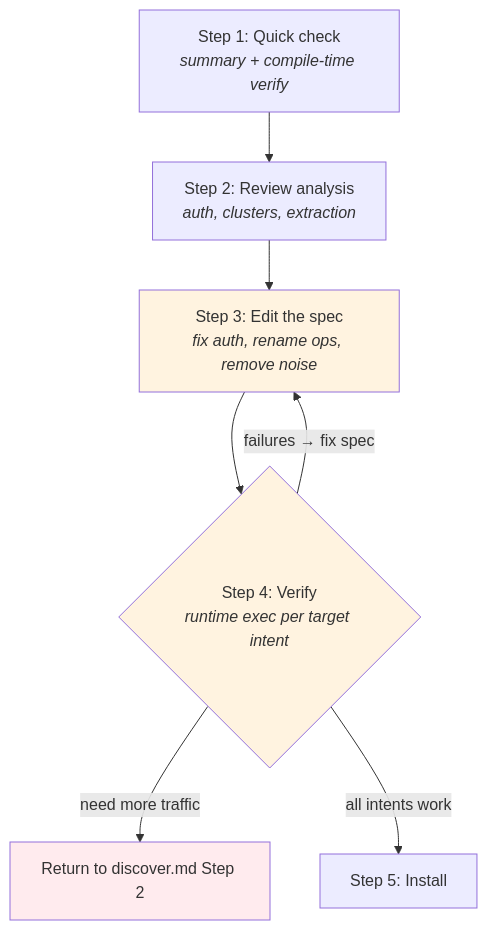
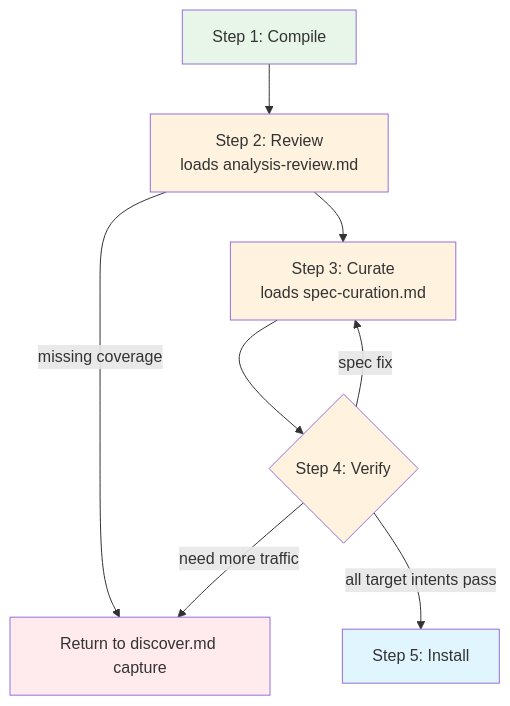
Before and after one commit to openweb-org/openweb: the diagram in skill/openweb/references/compile.md, drawn with Mermaid. The commit also changed other lines of this file and 5 other files, not shown here.

````diff
--- a/skill/openweb/references/compile.md
+++ b/skill/openweb/references/compile.md
@@ -46,19 +33,22 @@
 ```mermaid
 flowchart TD
-    S1["Step 1: Quick check<br/><i>summary + compile-time verify</i>"]
-    S2["Step 2: Review analysis<br/><i>auth, clusters, extraction</i>"]
-    S3["Step 3: Edit the spec<br/><i>fix auth, rename ops, remove noise</i>"]
-    S4{"Step 4: Verify<br/><i>runtime exec per target intent</i>"}
-    S5["Step 5: Install"]
+    C1["Step 1: Compile"]
+    C2["Step 2: Review<br/>loads analysis-review.md"]
+    C3["Step 3: Curate<br/>loads spec-curation.md"]
+    C4{"Step 4: Verify"}
+    C5["Step 5: Install"]
+    BACK["Return to discover.md capture"]
 
-    S1 --> S2
-    S2 --> S3
-    S3 --> S4
-    S4 -->|"failures → fix spec"| S3
-    S4 -->|"need more traffic"| RECAPTURE["Return to discover.md Step 2"]
-    S4 -->|"all intents work"| S5
+    C1 --> C2 --> C3 --> C4
+    C2 -->|missing coverage| BACK
+    C4 -->|spec fix| C3
+    C4 -->|need more traffic| BACK
+    C4 -->|all target intents pass| C5
 
-    style S3 fill:#fff3e0
-    style S4 fill:#fff3e0
-    style RECAPTURE fill:#ffebee
+    style C1 fill:#e8f5e9
+    style C2 fill:#fff3e0
+    style C3 fill:#fff3e0
+    style C4 fill:#fff3e0
+    style C5 fill:#e1f5fe
+    style BACK fill:#ffebee
 ```
````
